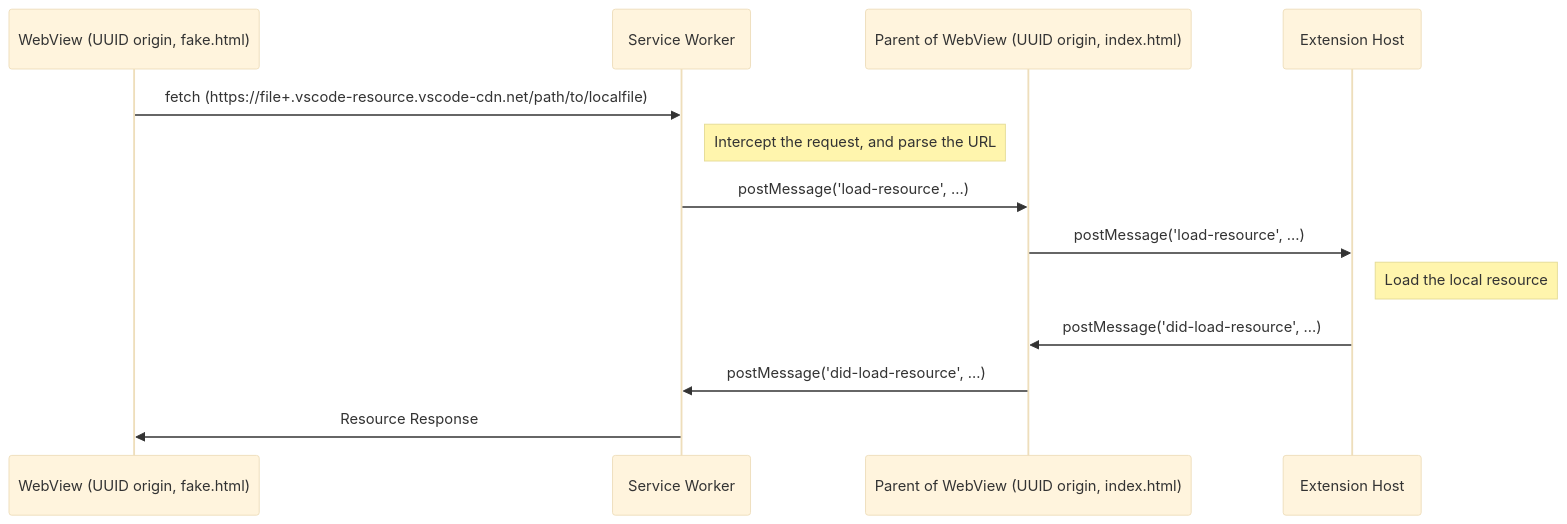
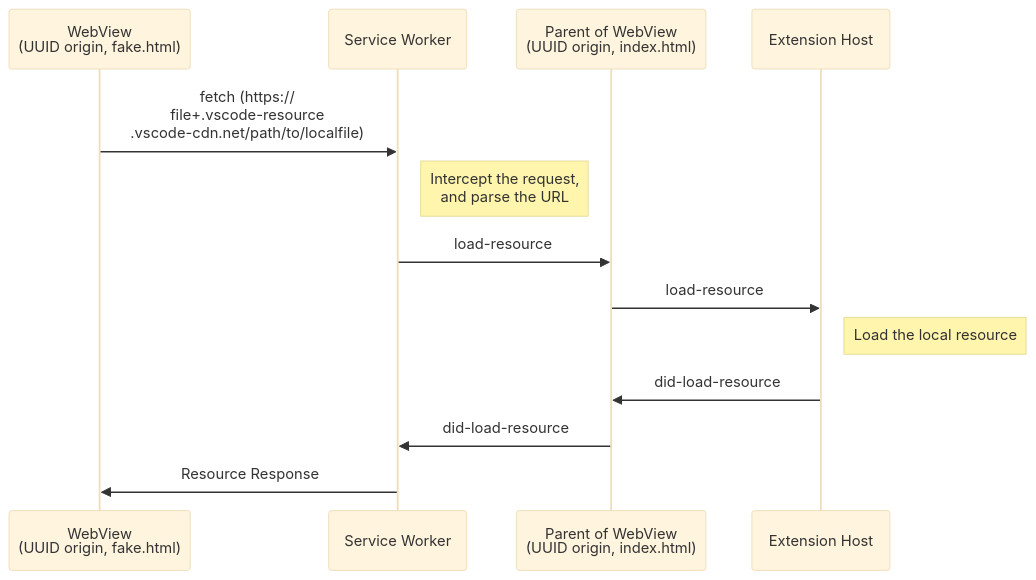
Diagram 11 of 11 in viewer/README.md (tamuratak/latex-toybox), drawn with Mermaid (base theme) before and after one commit.

Commit message:
fix: Improve readability of sequence diagram in README.md by adding line breaks [skip ci]

````diff
--- a/viewer/README.md
+++ b/viewer/README.md
@@ -244,16 +244,16 @@
 ```mermaid
 sequenceDiagram
-    participant WebView as WebView (UUID origin, fake.html)
+    participant WebView as WebView <br>(UUID origin, fake.html)
     participant ServiceWorker as Service Worker
-    participant ParentClient as Parent of WebView (UUID origin, index.html)
+    participant ParentClient as Parent of WebView <br>(UUID origin, index.html)
     participant ExtensionHost as Extension Host 
 
-    WebView->>ServiceWorker: fetch (https://file+.vscode-resource.vscode-cdn.net/path/to/localfile)
-    Note right of ServiceWorker: Intercept the request, and parse the URL
-    ServiceWorker->>ParentClient: postMessage('load-resource', ...)
-    ParentClient->>ExtensionHost: postMessage('load-resource', ...)
+    WebView->>ServiceWorker: fetch (https://<br>file+.vscode-resource<br>.vscode-cdn.net/path/to/localfile)
+    Note right of ServiceWorker: Intercept the request,<br> and parse the URL
+    ServiceWorker->>ParentClient: load-resource
+    ParentClient->>ExtensionHost: load-resource
     Note right of ExtensionHost: Load the local resource
-    ExtensionHost->>ParentClient: postMessage('did-load-resource', ...)
-    ParentClient->>ServiceWorker: postMessage('did-load-resource', ...)
+    ExtensionHost->>ParentClient: did-load-resource
+    ParentClient->>ServiceWorker: did-load-resource
     ServiceWorker->>WebView: Resource Response
 ```
````
